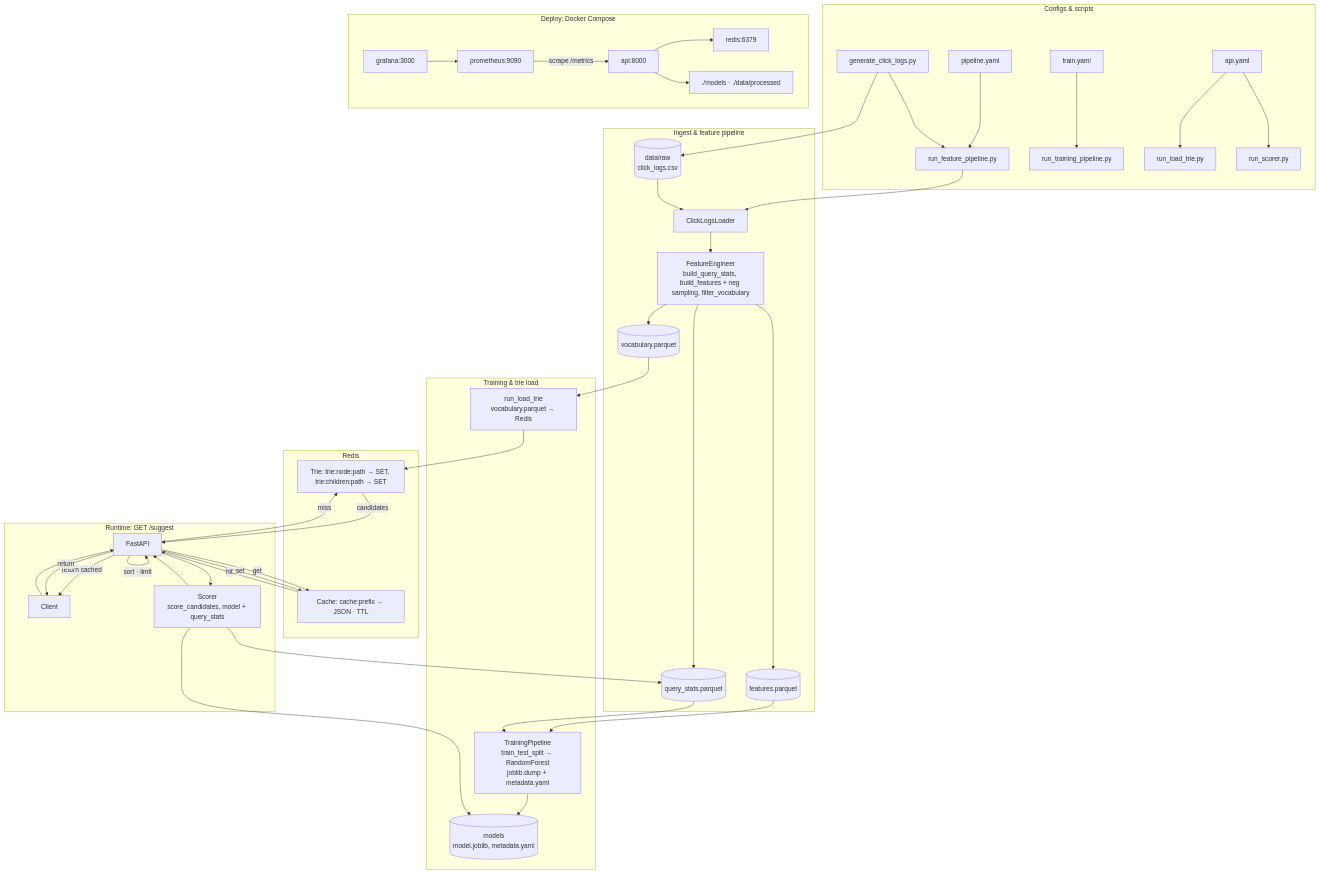
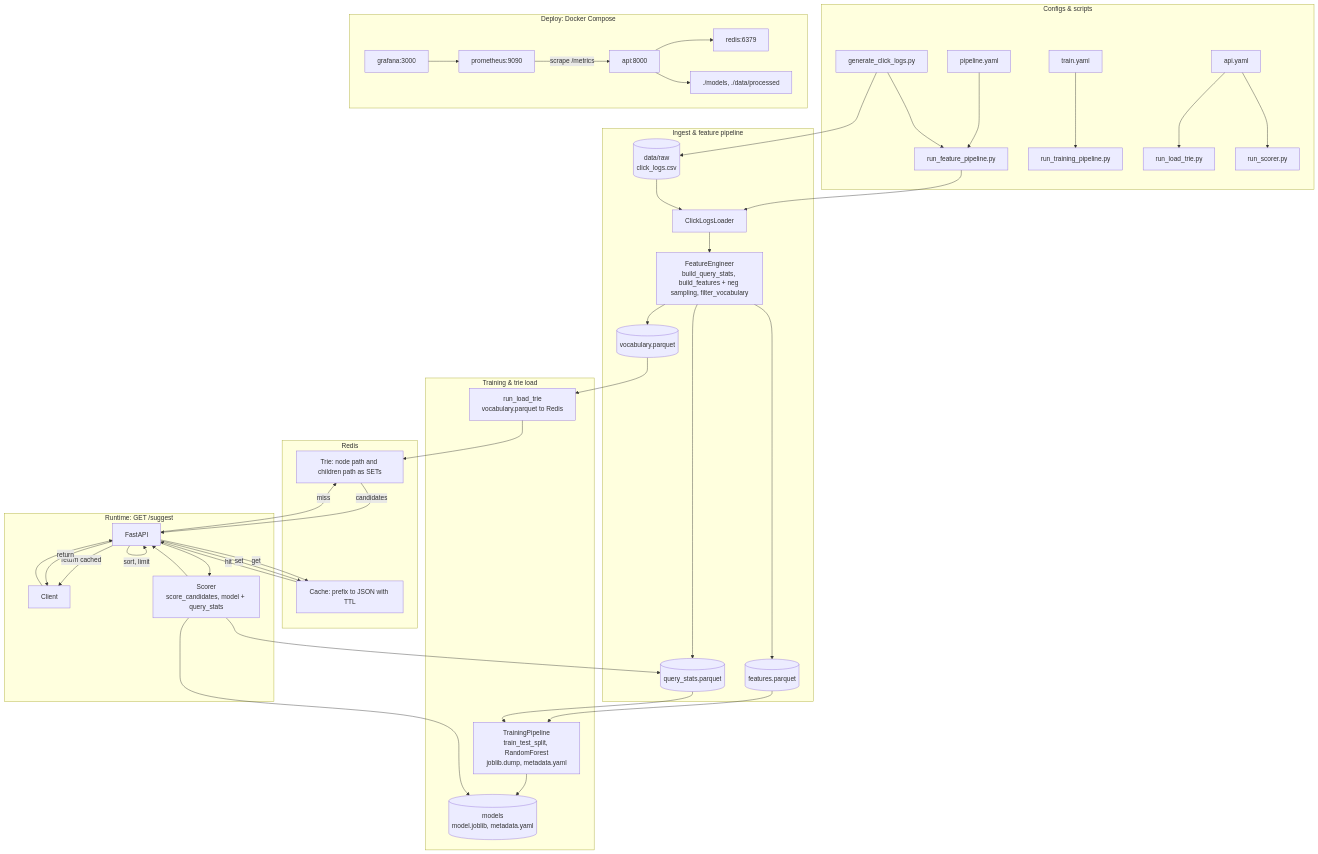
Before and after one commit to kmaladkar/autocomplete: the diagram in README.md, drawn with Mermaid. The commit also changed other lines of this file, not shown here.

````diff
--- a/README.md
+++ b/README.md
@@ -7,80 +19,80 @@
 ```mermaid
 flowchart TB
     subgraph configs["Configs & scripts"]
         PIPE[pipeline.yaml]
         TRAIN_Y[train.yaml]
         API_Y[api.yaml]
         GEN[generate_click_logs.py]
         FPR[run_feature_pipeline.py]
         TPR[run_training_pipeline.py]
         LTR[run_load_trie.py]
         SCR[run_scorer.py]
         PIPE --> FPR
         TRAIN_Y --> TPR
         API_Y --> LTR
         API_Y --> SCR
         GEN --> FPR
     end
 
     subgraph ingest["Ingest & feature pipeline"]
         RAW[("data/raw<br>click_logs.csv")]
         LOADER[ClickLogsLoader]
         ENG["FeatureEngineer<br>build_query_stats, build_features + neg sampling, filter_vocabulary"]
         FEAT[(features.parquet)]
         STATS[(query_stats.parquet)]
         VOCAB[(vocabulary.parquet)]
         GEN --> RAW
         FPR --> LOADER
         RAW --> LOADER
         LOADER --> ENG
         ENG --> FEAT
         ENG --> STATS
         ENG --> VOCAB
     end
 
     subgraph train["Training & trie load"]
-        TP["TrainingPipeline<br>train_test_split → RandomForest<br>joblib.dump + metadata.yaml"]
+        TP["TrainingPipeline<br>train_test_split, RandomForest<br>joblib.dump, metadata.yaml"]
         MOD[("models<br>model.joblib, metadata.yaml")]
-        LT["run_load_trie<br>vocabulary.parquet → Redis"]
+        LT["run_load_trie<br>vocabulary.parquet to Redis"]
         FEAT --> TP
         STATS --> TP
         TP --> MOD
         VOCAB --> LT
     end
 
     subgraph redis["Redis"]
-        TRIE["Trie: trie:node:path → SET, trie:children:path → SET"]
-        CACHE["Cache: cache:prefix → JSON · TTL"]
+        TRIE["Trie: node path and children path as SETs"]
+        CACHE["Cache: prefix to JSON with TTL"]
         LT --> TRIE
     end
 
     subgraph api["Runtime: GET /suggest"]
         REQ[Client]
         API[FastAPI]
         REQ --> API
         API -->|get| CACHE
         CACHE -->|hit| API
         API -->|return cached| REQ
         API -->|miss| TRIE
         TRIE -->|candidates| API
         API --> SCORE["Scorer<br>score_candidates, model + query_stats"]
         SCORE --> MOD
         SCORE --> STATS
         SCORE --> API
-        API -->|sort · limit| API
+        API -->|sort, limit| API
         API -->|set| CACHE
         API -->|return| REQ
     end
 
     subgraph deploy["Deploy: Docker Compose"]
         SVC_API[api:8000]
         SVC_REDIS[redis:6379]
         SVC_PROM[prometheus:9090]
         SVC_GRAF[grafana:3000]
-        VOL[./models · ./data/processed]
+        VOL[./models, ./data/processed]
         SVC_API --> SVC_REDIS
         SVC_API --> VOL
         SVC_PROM -->|scrape /metrics| SVC_API
         SVC_GRAF --> SVC_PROM
     end
 ```
````
